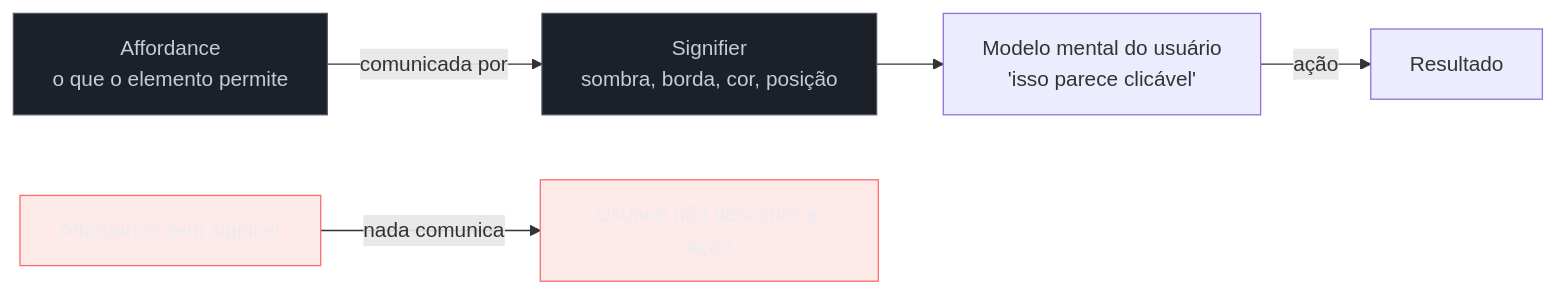
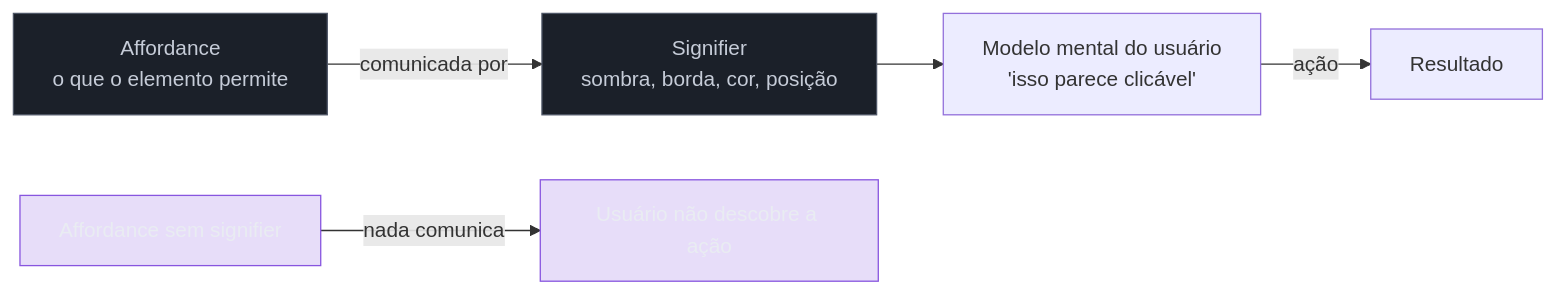
Before and after one commit to josenaldo/codex-technomanticus: the diagram in 03-Dominios/Engenharia/UX/Fundamentos e Modelo Mental/02 - Affordances e signifiers.md, drawn with Mermaid. The commit also changed 601 other files, not shown here.

````diff
--- a/03-Dominios/Engenharia/UX/Fundamentos e Modelo Mental/02 - Affordances e signifiers.md
+++ b/03-Dominios/Engenharia/UX/Fundamentos e Modelo Mental/02 - Affordances e signifiers.md
@@ -43,13 +43,13 @@
 ```mermaid
 graph LR
+    classDef marca fill:#8855DF33,stroke:#8855DF,color:#E9ECF2
     classDef neutro fill:#1B2029,stroke:#4E5666,color:#C6CCD8
-    classDef falha fill:#FF6B6B24,stroke:#FF6B6B,color:#E9ECF2
     A["Affordance<br/>o que o elemento permite"] -->|comunicada por| S["Signifier<br/>sombra, borda, cor, posição"]
     S --> U["Modelo mental do usuário<br/>'isso parece clicável'"]
     U -->|ação| R["Resultado"]
     A2["Affordance sem signifier"] -->|nada comunica| X["Usuário não descobre a ação"]
     class A neutro
     class S neutro
-    class A2 falha
-    class X falha
+    class A2 marca
+    class X marca
 ```
````
